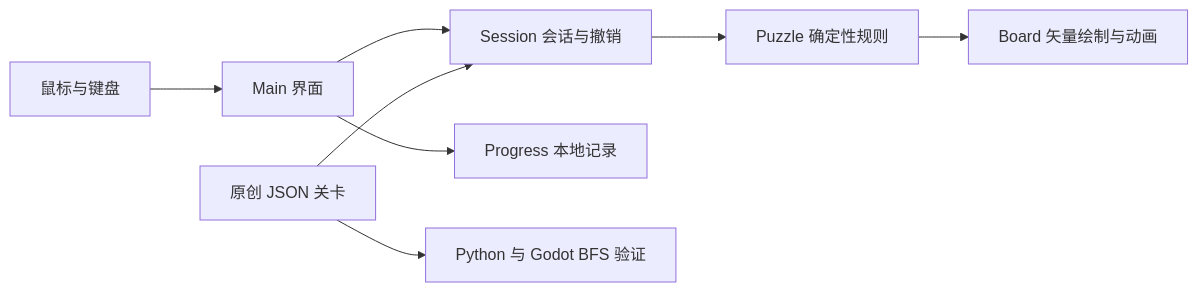
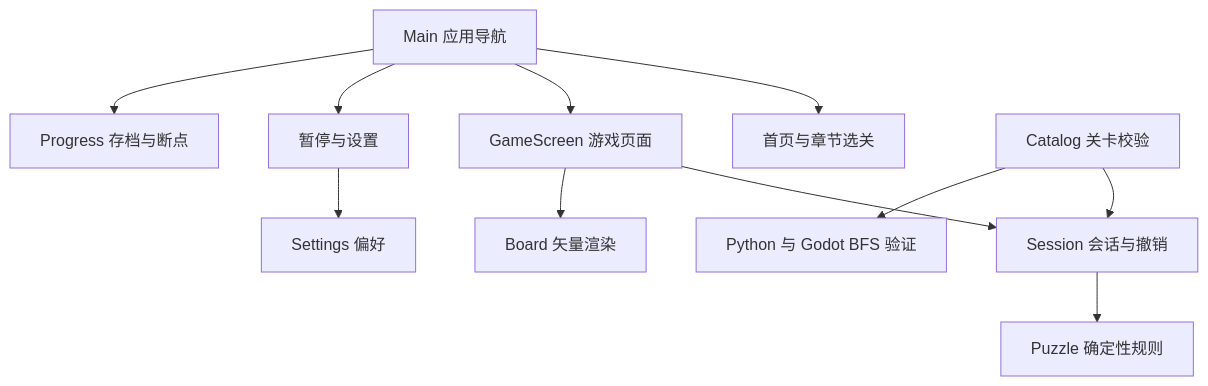
One commit to Phyll1s0/annihilation changed the diagram in docs/design.md. Above: the diagram before and after it, drawn with Mermaid. The commit also changed other lines of this file and 36 other files, not shown here.

Commit message:
feat: build application flow, resumable sessions, and twenty-level campaign

````diff
--- a/docs/design.md
+++ b/docs/design.md
@@ -47,10 +47,13 @@
 ```mermaid
-flowchart LR
-  A[鼠标与键盘] --> B[Main 界面]
-  B --> C[Session 会话与撤销]
-  C --> D[Puzzle 确定性规则]
-  D --> E[Board 矢量绘制与动画]
-  B --> F[Progress 本地记录]
-  G[原创 JSON 关卡] --> C
-  G --> H[Python 与 Godot BFS 验证]
+flowchart TD
+  A[Main 应用导航] --> B[首页与章节选关]
+  A --> C[GameScreen 游戏页面]
+  A --> D[暂停与设置]
+  C --> E[Session 会话与撤销]
+  E --> F[Puzzle 确定性规则]
+  C --> G[Board 矢量渲染]
+  A --> H[Progress 存档与断点]
+  D --> I[Settings 偏好]
+  J[Catalog 关卡校验] --> E
+  J --> K[Python 与 Godot BFS 验证]
 ```
````
